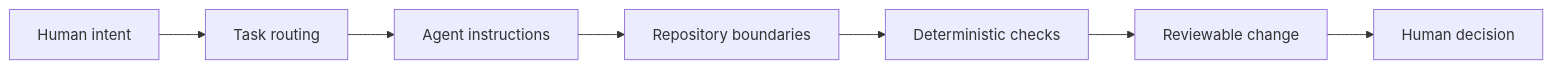
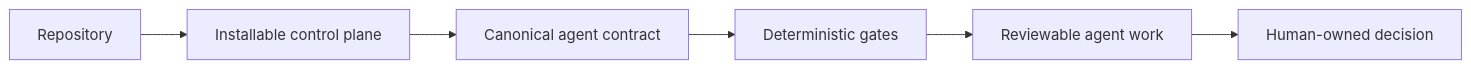
The diagram in README.md (Praneeth-Suresh/Beryl), drawn with Mermaid before and after one commit. The commit also changed other lines of this file, not shown here.

Commit message:
Position Beryl as agent-ready repo layer

````diff
--- a/README.md
+++ b/README.md
@@ -43,9 +45,8 @@
 ```mermaid
 flowchart LR
-    A[Human intent] --> B[Task routing]
-    B --> C[Agent instructions]
-    C --> D[Repository boundaries]
-    D --> E[Deterministic checks]
-    E --> F[Reviewable change]
-    F --> G[Human decision]
+    A[Repository] --> B[Installable control plane]
+    B --> C[Canonical agent contract]
+    C --> D[Deterministic gates]
+    D --> E[Reviewable agent work]
+    E --> F[Human-owned decision]
 ```
````
